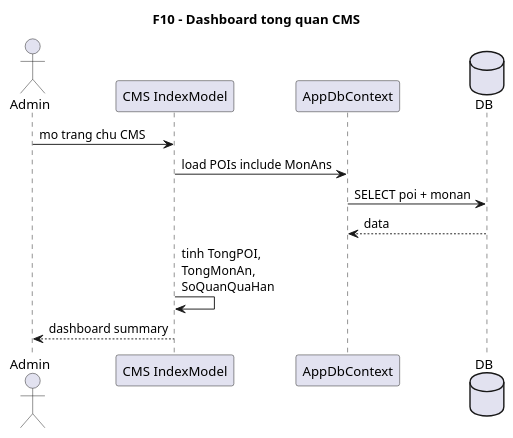
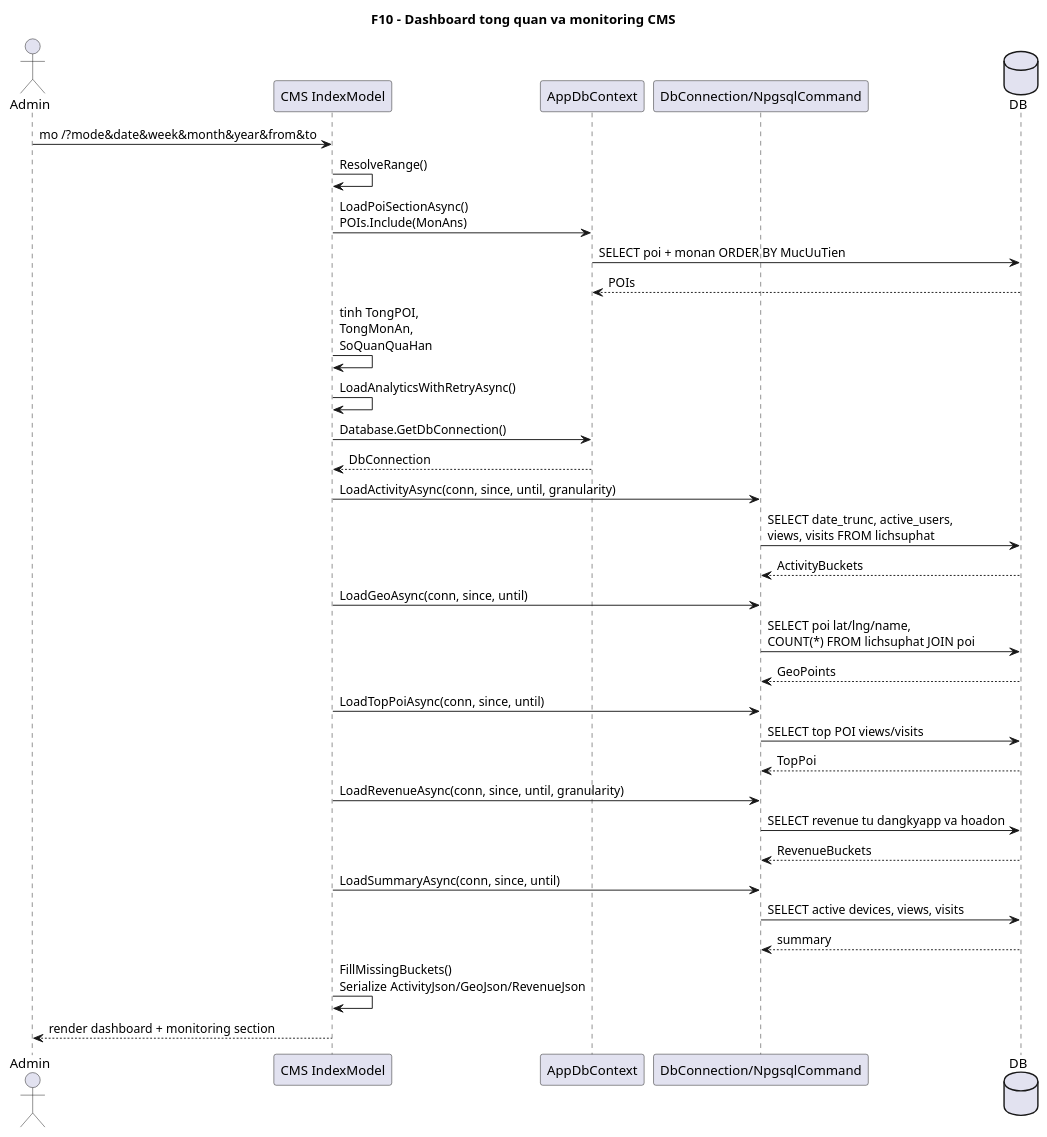
One commit to VoBao182/PhoAmThuc changed the diagram in docs/diagrams/10-dashboard-sequence.puml. Above: the diagram before and after it, drawn with PlantUML. The commit also changed 23 other files, not shown here.

```diff
--- a/docs/diagrams/10-dashboard-sequence.puml
+++ b/docs/diagrams/10-dashboard-sequence.puml
@@ -1,21 +1,50 @@
 @startuml
-' Diagram: F10 - Dashboard tong quan CMS (Sequence)
-' Status: VERIFIED
-' Baseline: branch master, HEAD 0b9ca4b + working tree 2026-04-22
+' Diagram: F10 - Dashboard tong quan va monitoring CMS (Sequence)
+' Status: WIP
+' Baseline: branch master, HEAD 29947b2
 ' Source:
-' - VinhKhanhTour.CMS/Pages/Index.cshtml.cs: OnGetAsync()
-' Note: Sequence ngan va khop truc tiep voi code dashboard hien tai; co the xem la on dinh hon cac module dang phat trien.
-title F10 - Dashboard tong quan CMS
+' - VinhKhanhTour.CMS/Pages/Index.cshtml.cs: OnGetAsync(), ResolveRange(), LoadPoiSectionAsync(), LoadAnalyticsWithRetryAsync(), LoadAnalyticsAsync(), LoadActivityAsync(), LoadGeoAsync(), LoadTopPoiAsync(), LoadRevenueAsync(), LoadSummaryAsync(), FillMissingBuckets()
+' - VinhKhanhTour.CMS/Pages/Index.cshtml
+' Note: Sequence cap nhat dashboard hien tai: POI section + monitoring analytics dung raw Npgsql tren shared EF connection.
+title F10 - Dashboard tong quan va monitoring CMS
 
 actor Admin
 participant "CMS IndexModel" as IndexModel
 participant AppDbContext
+participant "DbConnection/NpgsqlCommand" as Npgsql
 database DB
 
-Admin -> IndexModel: mo trang chu CMS
-IndexModel -> AppDbContext: load POIs include MonAns
-AppDbContext -> DB: SELECT poi + monan
-DB --> AppDbContext: data
+Admin -> IndexModel: mo /?mode&date&week&month&year&from&to
+IndexModel -> IndexModel: ResolveRange()
+
+IndexModel -> AppDbContext: LoadPoiSectionAsync()\nPOIs.Include(MonAns)
+AppDbContext -> DB: SELECT poi + monan ORDER BY MucUuTien
+DB --> AppDbContext: POIs
 IndexModel -> IndexModel: tinh TongPOI,\nTongMonAn,\nSoQuanQuaHan
-IndexModel --> Admin: dashboard summary
+
+IndexModel -> IndexModel: LoadAnalyticsWithRetryAsync()
+IndexModel -> AppDbContext: Database.GetDbConnection()
+AppDbContext --> IndexModel: DbConnection
+IndexModel -> Npgsql: LoadActivityAsync(conn, since, until, granularity)
+Npgsql -> DB: SELECT date_trunc, active_users,\nviews, visits FROM lichsuphat
+DB --> Npgsql: ActivityBuckets
+
+IndexModel -> Npgsql: LoadGeoAsync(conn, since, until)
+Npgsql -> DB: SELECT poi lat/lng/name,\nCOUNT(*) FROM lichsuphat JOIN poi
+DB --> Npgsql: GeoPoints
+
+IndexModel -> Npgsql: LoadTopPoiAsync(conn, since, until)
+Npgsql -> DB: SELECT top POI views/visits
+DB --> Npgsql: TopPoi
+
+IndexModel -> Npgsql: LoadRevenueAsync(conn, since, until, granularity)
+Npgsql -> DB: SELECT revenue tu dangkyapp va hoadon
+DB --> Npgsql: RevenueBuckets
+
+IndexModel -> Npgsql: LoadSummaryAsync(conn, since, until)
+Npgsql -> DB: SELECT active devices, views, visits
+DB --> Npgsql: summary
+
+IndexModel -> IndexModel: FillMissingBuckets()\nSerialize ActivityJson/GeoJson/RevenueJson
+IndexModel --> Admin: render dashboard + monitoring section
 @enduml
```
